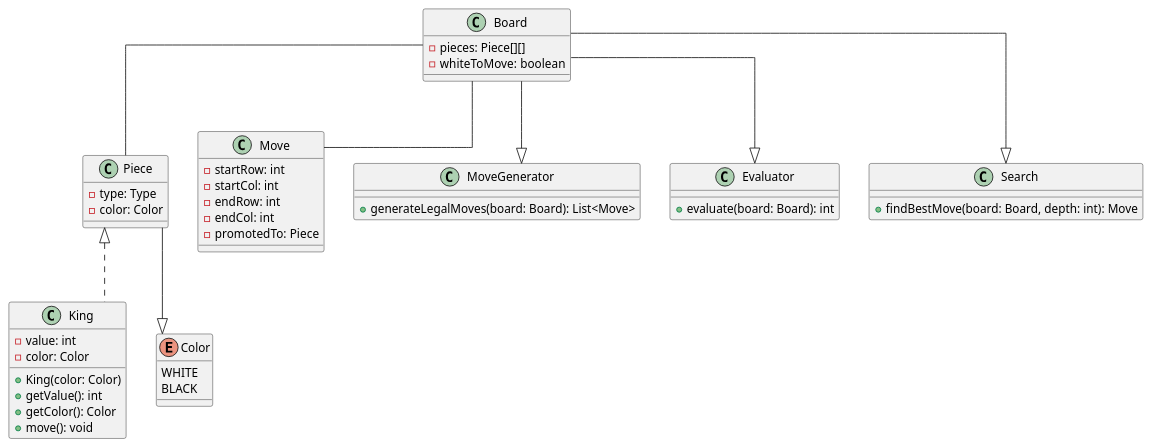
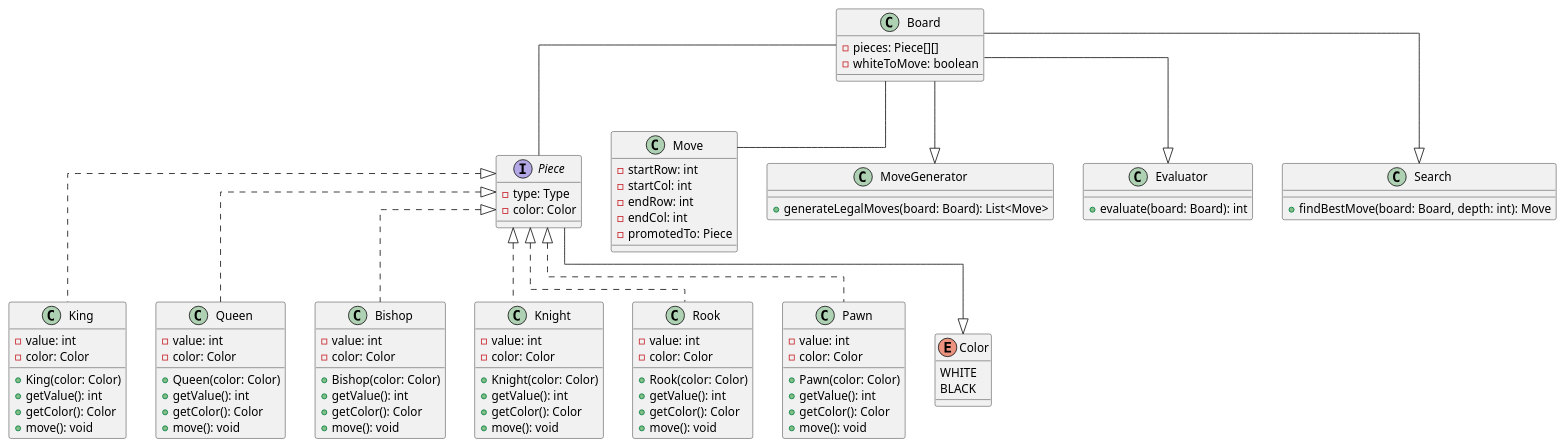
Before and after one commit to Chessosaurus/ChessEngine: the diagram in UML/Klassendiagram Grobentwurf.puml, drawn with PlantUML.

Commit message:
UML Update Spielfiguren um Königin, Springer, Läufer, Bauer und Turm erweitert

```diff
--- a/UML/Klassendiagram Grobentwurf.puml
+++ b/UML/Klassendiagram Grobentwurf.puml
@@ -1,61 +1,112 @@
 @startuml
 skinparam linetype ortho
 
-class Piece {
+interface Piece {
     - type: Type
     - color: Color
 }
 
 class King {
     - value: int
     - color: Color
     + King(color: Color)
     + getValue(): int
     + getColor(): Color
     + move(): void
 }
 
+class Queen {
+    - value: int
+    - color: Color
+    + Queen(color: Color)
+    + getValue(): int
+    + getColor(): Color
+    + move(): void
+}
+
+class Bishop {
+    - value: int
+    - color: Color
+    + Bishop(color: Color)
+    + getValue(): int
+    + getColor(): Color
+    + move(): void
+}
+
+class Knight {
+    - value: int
+    - color: Color
+    + Knight(color: Color)
+    + getValue(): int
+    + getColor(): Color
+    + move(): void
+}
+
+class Rook {
+    - value: int
+    - color: Color
+    + Rook(color: Color)
+    + getValue(): int
+    + getColor(): Color
+    + move(): void
+}
+
+class Pawn{
+    - value: int
+    - color: Color
+    + Pawn(color: Color)
+    + getValue(): int
+    + getColor(): Color
+    + move(): void
+}
+
+
 enum Color {
     WHITE
     BLACK
 }
+Piece --|> Color
+Piece <|.. King
+Piece <|.. Queen
+Piece <|.. Bishop
+Piece <|.. Knight
+Piece <|.. Rook
+Piece <|.. Pawn
 
-Piece <|.. King
-Piece --|> Color
 
 class Board {
     - pieces: Piece[][]
     - whiteToMove: boolean
 }
 
 Board -- Piece
 
 class Move {
     - startRow: int
     - startCol: int
     - endRow: int
     - endCol: int
     - promotedTo: Piece
 
 }
 
 Board -- Move
 
 class MoveGenerator {
     + generateLegalMoves(board: Board): List<Move>
 }
 
 Board --|> MoveGenerator
 
 class Evaluator {
     + evaluate(board: Board): int
 }
 
 Board --|> Evaluator
 
 class Search {
     + findBestMove(board: Board, depth: int): Move
 }
 
 Board --|> Search
 @enduml
```
